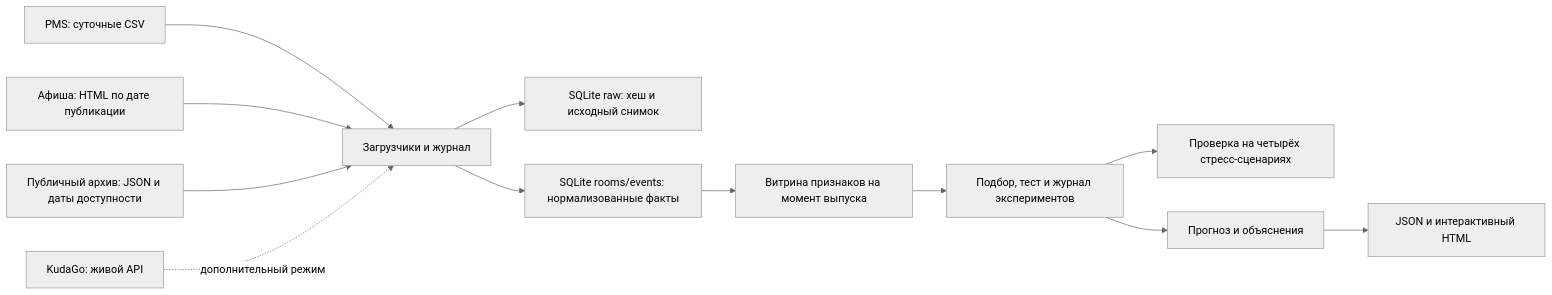
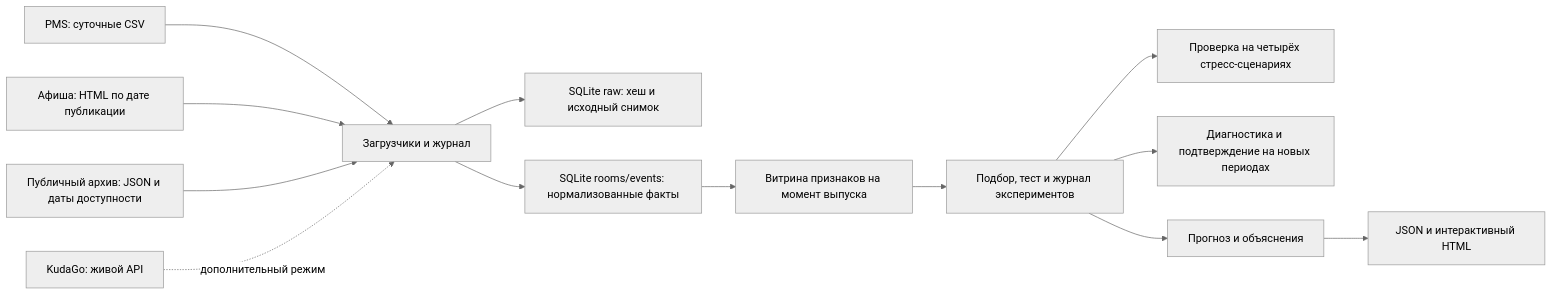
Before and after one commit to ReliqU/HotelForecast: the diagram in README.md, drawn with Mermaid (neutral theme). The commit also changed other lines of this file and 15 other files, not shown here.

````diff
--- a/README.md
+++ b/README.md
@@ -50,14 +50,15 @@
 ```mermaid
 flowchart LR
     A["PMS: суточные CSV"] --> D["Загрузчики и журнал"]
     B["Афиша: HTML по дате публикации"] --> D
     C["Публичный архив: JSON и даты доступности"] --> D
     P["KudaGo: живой API"] -. "дополнительный режим" .-> D
     D --> E["SQLite raw: хеш и исходный снимок"]
     D --> F["SQLite rooms/events: нормализованные факты"]
     F --> G["Витрина признаков на момент выпуска"]
     G --> H["Подбор, тест и журнал экспериментов"]
     H --> S["Проверка на четырёх стресс-сценариях"]
+    H --> A2["Диагностика и подтверждение на новых периодах"]
     H --> I["Прогноз и объяснения"]
     I --> J["JSON и интерактивный HTML"]
 ```
````
